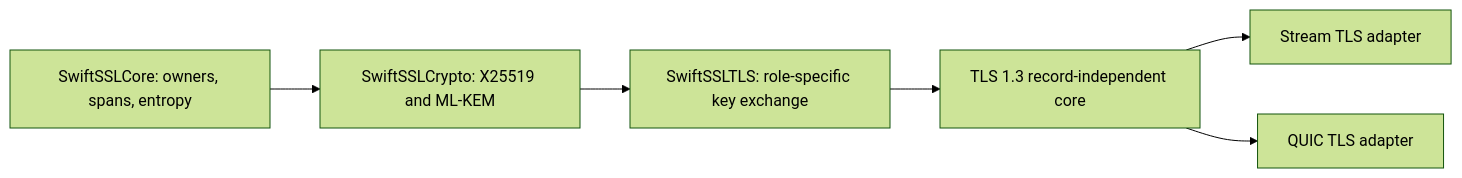
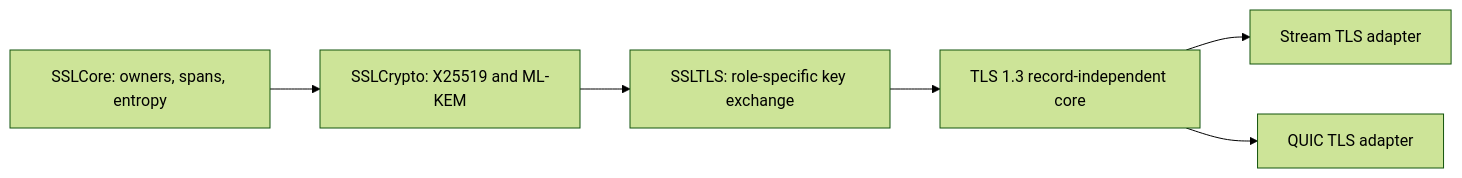
Before and after one commit to 1amageek/swift-ssl: the diagram in docs/adr/0039-x25519mlkem768-key-exchange-boundary.md, drawn with Mermaid (forest theme). The commit also changed 1106 other files, not shown here.

````diff
--- a/docs/adr/0039-x25519mlkem768-key-exchange-boundary.md
+++ b/docs/adr/0039-x25519mlkem768-key-exchange-boundary.md
@@ -32,8 +32,8 @@
 ```mermaid
 flowchart LR
-    Core["SwiftSSLCore: owners, spans, entropy"] --> Crypto["SwiftSSLCrypto: X25519 and ML-KEM"]
-    Crypto --> KEX["SwiftSSLTLS: role-specific key exchange"]
+    Core["SSLCore: owners, spans, entropy"] --> Crypto["SSLCrypto: X25519 and ML-KEM"]
+    Crypto --> KEX["SSLTLS: role-specific key exchange"]
     KEX --> CoreTLS["TLS 1.3 record-independent core"]
     CoreTLS --> Stream["Stream TLS adapter"]
     CoreTLS --> QUIC["QUIC TLS adapter"]
 ```
````
